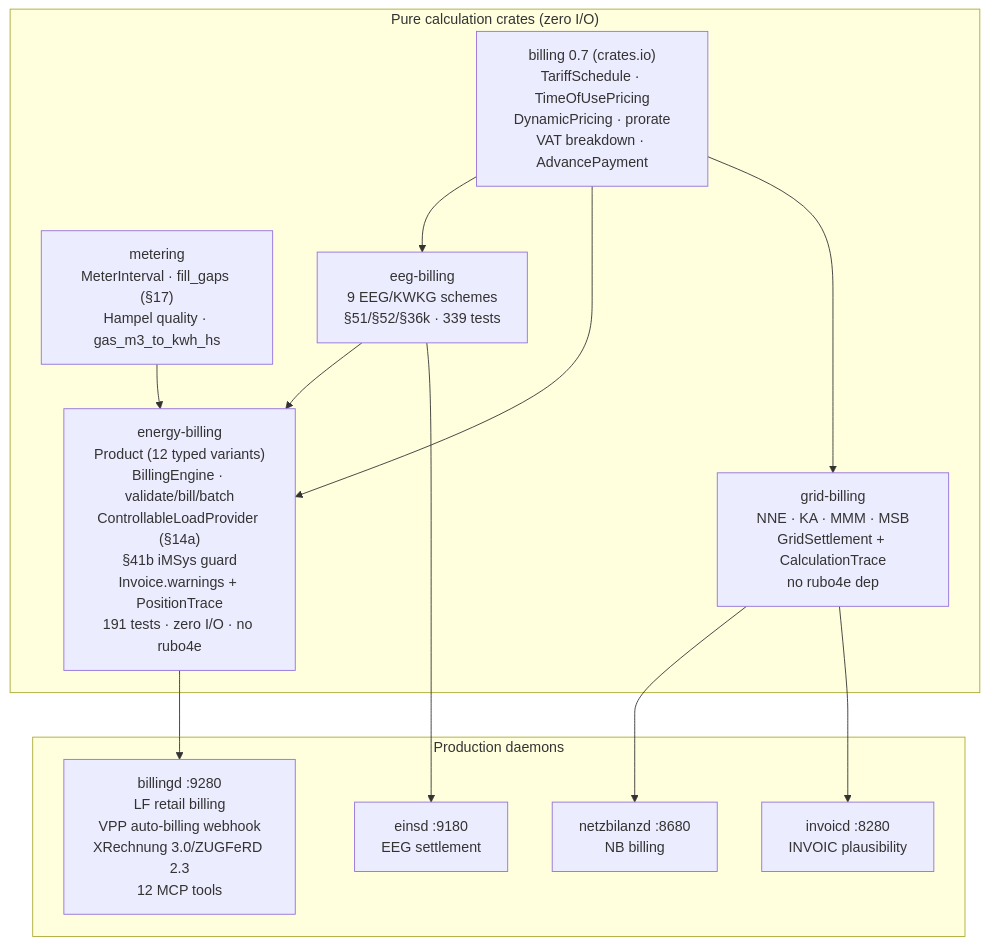
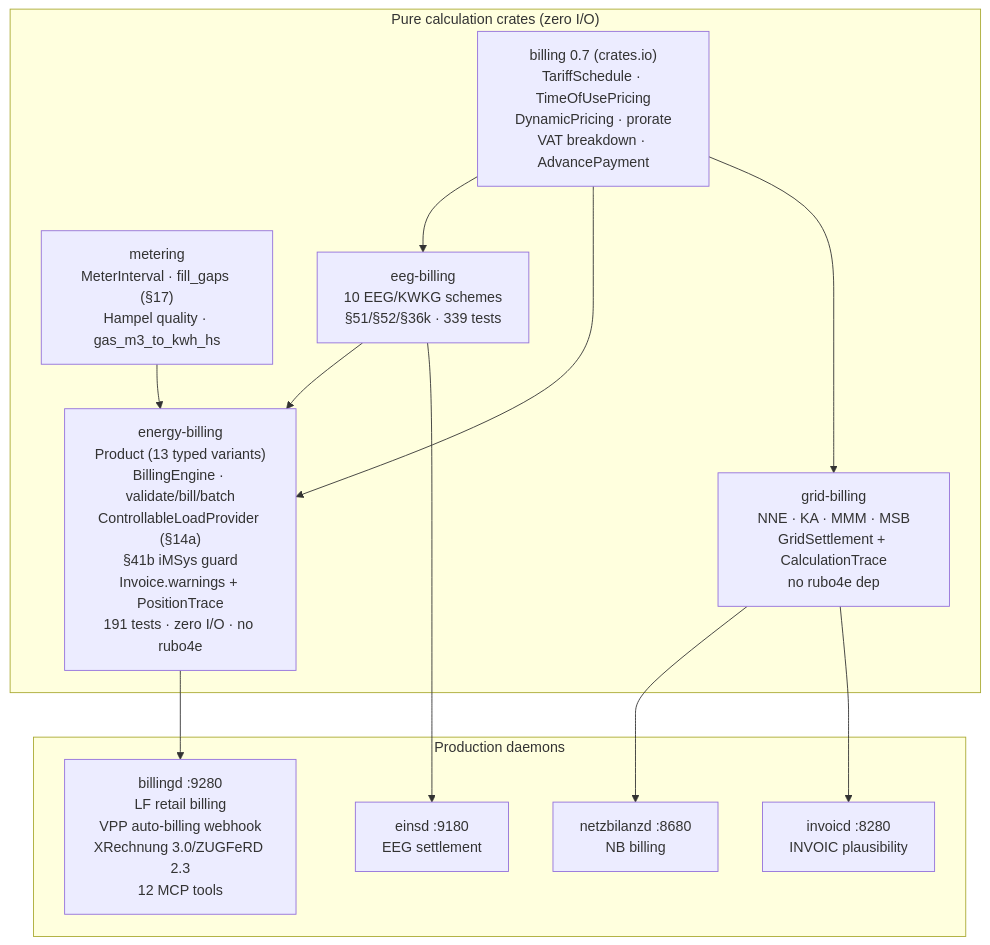
The second of 4 diagrams in docs/architecture.md (hupe1980/mako), drawn with Mermaid before and after one commit. The commit also changed other lines of this file and 274 other files, not shown here.

````diff
--- a/docs/architecture.md
+++ b/docs/architecture.md
@@ -237,27 +237,27 @@
 ```mermaid
 graph TD
     subgraph pure ["Pure calculation crates (zero I/O)"]
         billing["billing 0.7 (crates.io)\nTariffSchedule · TimeOfUsePricing\nDynamicPricing · prorate\nVAT breakdown · AdvancePayment"]
         metering["metering\nMeterInterval · fill_gaps (§17)\nHampel quality · gas_m3_to_kwh_hs"]
-        eeg["eeg-billing\n9 EEG/KWKG schemes\n§51/§52/§36k · 339 tests"]
+        eeg["eeg-billing\n10 EEG/KWKG schemes\n§51/§52/§36k · 339 tests"]
         grid["grid-billing\nNNE · KA · MMM · MSB\nGridSettlement + CalculationTrace\nno rubo4e dep"]
-        energy["energy-billing\nProduct (12 typed variants)\nBillingEngine · validate/bill/batch\nControllableLoadProvider (§14a)\n§41b iMSys guard\nInvoice.warnings + PositionTrace\n191 tests · zero I/O · no rubo4e"]
+        energy["energy-billing\nProduct (13 typed variants)\nBillingEngine · validate/bill/batch\nControllableLoadProvider (§14a)\n§41b iMSys guard\nInvoice.warnings + PositionTrace\n191 tests · zero I/O · no rubo4e"]
     end
 
     subgraph daemons ["Production daemons"]
         netzbilanzd["netzbilanzd :8680\nNB billing"]
         einsd["einsd :9180\nEEG settlement"]
         billingd["billingd :9280\nLF retail billing\nVPP auto-billing webhook\nXRechnung 3.0/ZUGFeRD 2.3\n12 MCP tools"]
         invoicd["invoicd :8280\nINVOIC plausibility"]
     end
 
     billing --> eeg
     billing --> energy
     billing --> grid
     metering --> energy
     eeg --> energy
     eeg --> einsd
     grid --> netzbilanzd
     grid --> invoicd
     energy --> billingd
 ```
````
